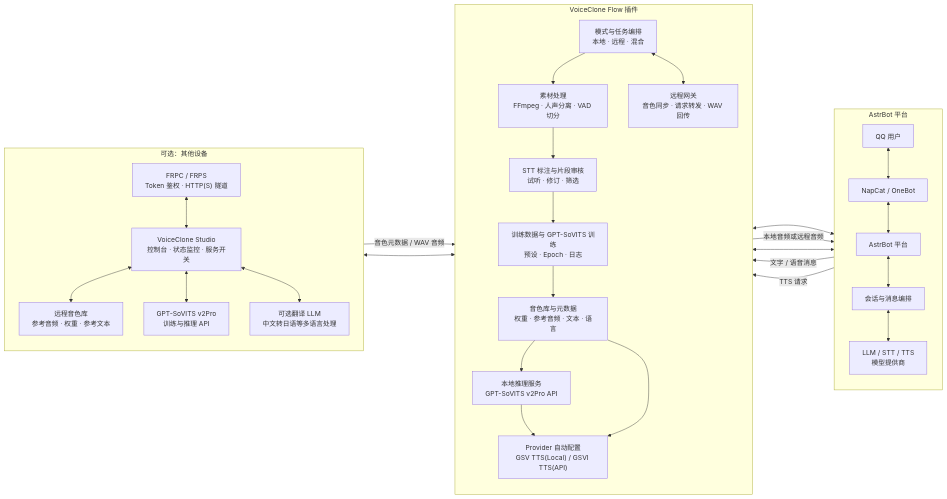
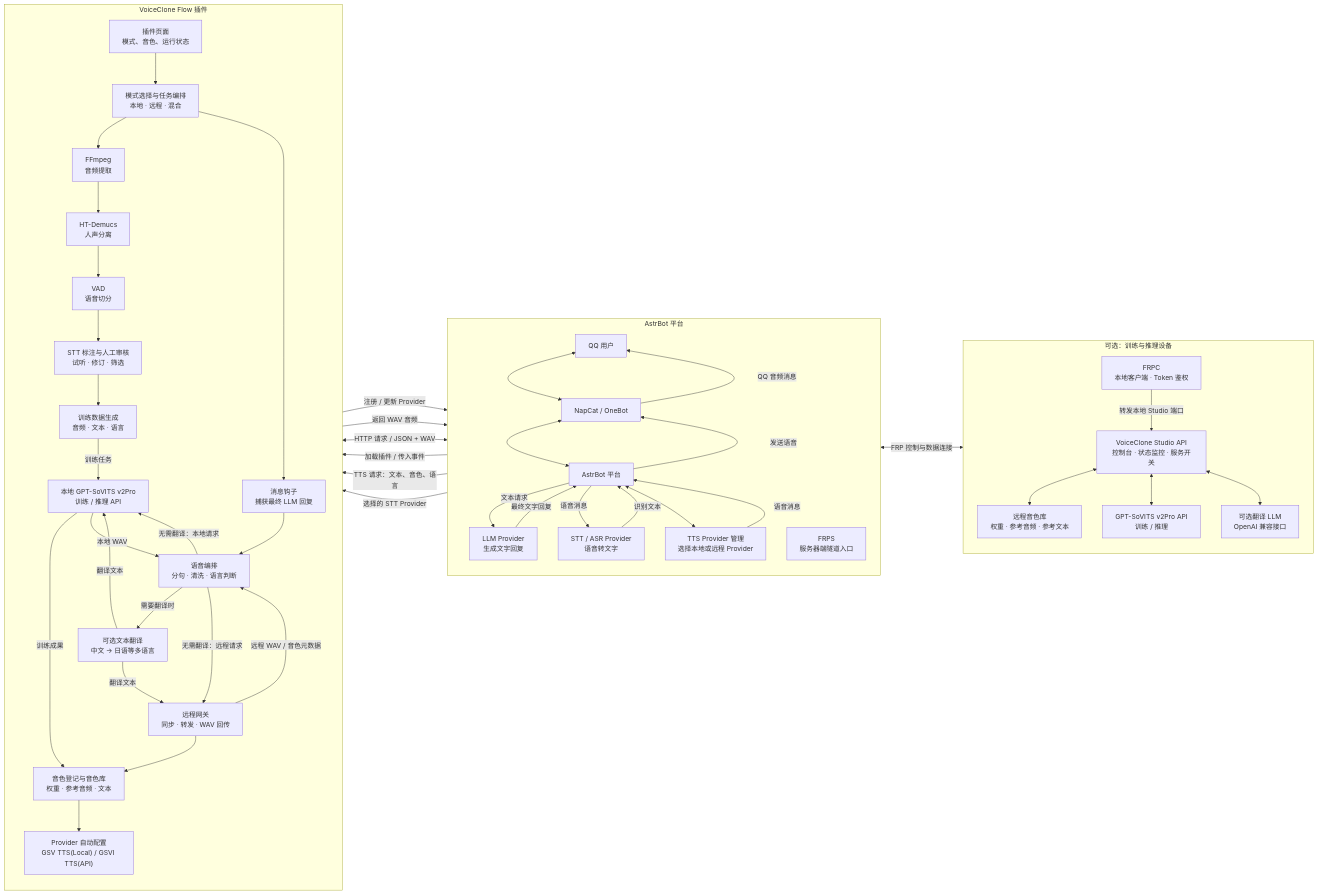
The third of 3 diagrams in README.md (TKGEKKOU/astrbot_plugin_voice_clone_flow), drawn with Mermaid before and after one commit. The commit also changed other lines of this file, not shown here.

Commit message:
docs: map architecture dependencies and connections

````diff
--- a/README.md
+++ b/README.md
@@ -157,49 +157,76 @@
 ```mermaid
 flowchart LR
     subgraph Platform["AstrBot 平台"]
         direction TB
         QQ["QQ 用户"] <--> NapCat["NapCat / OneBot"]
         NapCat <--> AstrBot["AstrBot 平台"]
-        AstrBot <--> Chat["会话与消息编排"]
-        Chat <--> Providers["LLM / STT / TTS<br/>模型提供商"]
+        LLM["LLM Provider<br/>生成文字回复"]
+        STT["STT / ASR Provider<br/>语音转文字"]
+        ProviderMgr["TTS Provider 管理<br/>选择本地或远程 Provider"]
+        FRPS["FRPS<br/>服务器端隧道入口"]
+
+        AstrBot -->|"文本请求"| LLM
+        LLM -->|"最终文字回复"| AstrBot
+        AstrBot -->|"语音消息"| STT
+        STT -->|"识别文本"| AstrBot
+        AstrBot <--> ProviderMgr
     end
 
     subgraph Flow["VoiceClone Flow 插件"]
         direction TB
-        Mode["模式与任务编排<br/>本地 · 远程 · 混合"]
-        Material["素材处理<br/>FFmpeg · 人声分离 · VAD 切分"]
-        Annotation["STT 标注与片段审核<br/>试听 · 修订 · 筛选"]
-        Training["训练数据与 GPT-SoVITS 训练<br/>预设 · Epoch · 日志"]
-        Voices["音色库与元数据<br/>权重 · 参考音频 · 文本 · 语言"]
-        Local["本地推理服务<br/>GPT-SoVITS v2Pro API"]
-        Gateway["远程网关<br/>音色同步 · 请求转发 · WAV 回传"]
+        Page["插件页面<br/>模式、音色、运行状态"]
+        Mode["模式选择与任务编排<br/>本地 · 远程 · 混合"]
+        Hook["消息钩子<br/>捕获最终 LLM 回复"]
+        Speech["语音编排<br/>分句 · 清洗 · 语言判断"]
+        Translate["可选文本翻译<br/>中文 → 日语等多语言"]
+        Extract["FFmpeg<br/>音频提取"]
+        Separate["HT-Demucs<br/>人声分离"]
+        Split["VAD<br/>语音切分"]
+        Annotate["STT 标注与人工审核<br/>试听 · 修订 · 筛选"]
+        Dataset["训练数据生成<br/>音频 · 文本 · 语言"]
+        LocalGSV["本地 GPT-SoVITS v2Pro<br/>训练 / 推理 API"]
+        VoiceReg["音色登记与音色库<br/>权重 · 参考音频 · 文本"]
+        Gateway["远程网关<br/>同步 · 转发 · WAV 回传"]
         Config["Provider 自动配置<br/>GSV TTS(Local) / GSVI TTS(API)"]
 
-        Mode --> Material --> Annotation --> Training --> Voices
-        Voices --> Local --> Config
-        Voices --> Config
-        Mode <--> Gateway
+        Page --> Mode
+        Mode --> Extract --> Separate --> Split --> Annotate --> Dataset
+        Dataset -->|"训练任务"| LocalGSV
+        LocalGSV -->|"训练成果"| VoiceReg
+        VoiceReg --> Config
+        Mode --> Hook --> Speech
+        Speech -->|"需要翻译时"| Translate
+        Speech -->|"无需翻译：本地请求"| LocalGSV
+        Speech -->|"无需翻译：远程请求"| Gateway
+        Translate -->|"翻译文本"| LocalGSV
+        Translate -->|"翻译文本"| Gateway
+        LocalGSV -->|"本地 WAV"| Speech
+        Gateway -->|"远程 WAV / 音色元数据"| Speech
+        Gateway --> VoiceReg
     end
 
-    subgraph Remote["可选：其他设备"]
+    subgraph Remote["可选：训练与推理设备"]
         direction TB
-        Tunnel["FRPC / FRPS<br/>Token 鉴权 · HTTP(S) 隧道"]
-        Studio["VoiceClone Studio<br/>控制台 · 状态监控 · 服务开关"]
-        RemoteVoice["远程音色库<br/>参考音频 · 权重 · 参考文本"]
-        RemoteRuntime["GPT-SoVITS v2Pro<br/>训练与推理 API"]
-        RemoteLLM["可选翻译 LLM<br/>中文转日语等多语言处理"]
+        FRPC["FRPC<br/>本地客户端 · Token 鉴权"]
+        Studio["VoiceClone Studio API<br/>控制台 · 状态监控 · 服务开关"]
+        RemoteVoice["远程音色库<br/>权重 · 参考音频 · 参考文本"]
+        RemoteRuntime["GPT-SoVITS v2Pro API<br/>训练 / 推理"]
+        RemoteLLM["可选翻译 LLM<br/>OpenAI 兼容接口"]
 
-        Tunnel <--> Studio
+        FRPC -->|"转发本地 Studio 端口"| Studio
         Studio <--> RemoteVoice
         Studio <--> RemoteRuntime
         Studio <--> RemoteLLM
     end
 
-    AstrBot <--> Mode
-    Chat -->|"文字 / 语音消息"| Mode
-    Config <--> Providers
-    Providers -->|"TTS 请求"| Mode
-    Mode -->|"本地音频或远程音频"| Providers
-    Gateway <--> Tunnel
-    Studio -->|"音色元数据 / WAV 音频"| Gateway
+    AstrBot -->|"加载插件 / 传入事件"| Hook
+    ProviderMgr -->|"TTS 请求：文本、音色、语言"| Speech
+    Config -->|"注册 / 更新 Provider"| ProviderMgr
+    Speech -->|"返回 WAV 音频"| ProviderMgr
+    ProviderMgr -->|"语音消息"| AstrBot
+    AstrBot -->|"发送语音"| NapCat
+    NapCat -->|"QQ 音频消息"| QQ
+    STT -->|"选择的 STT Provider"| Annotate
+    Gateway <-->|"HTTP 请求 / JSON + WAV"| FRPS
+    FRPS <-->|"FRP 控制与数据连接"| FRPC
 ```
````
